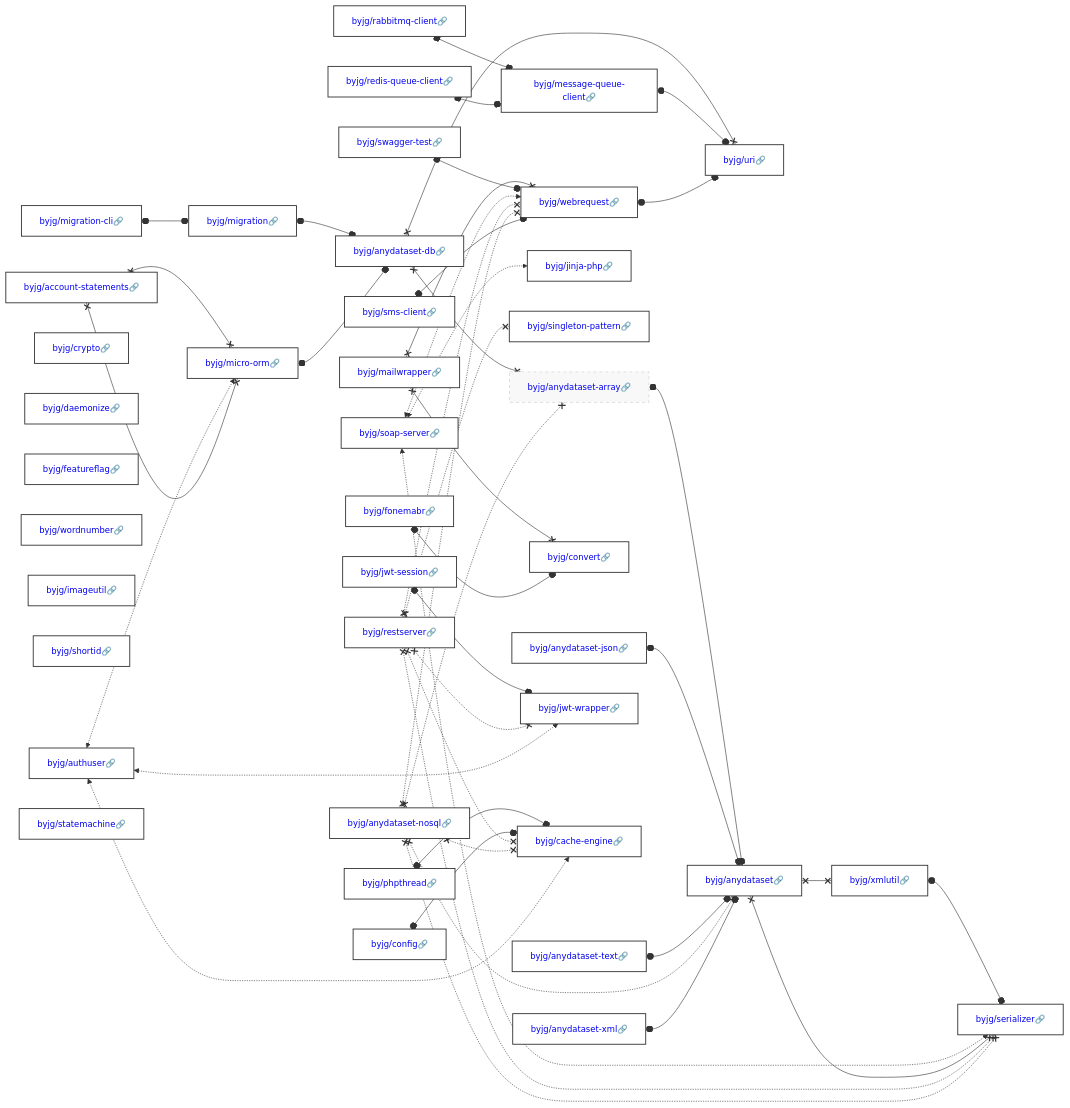
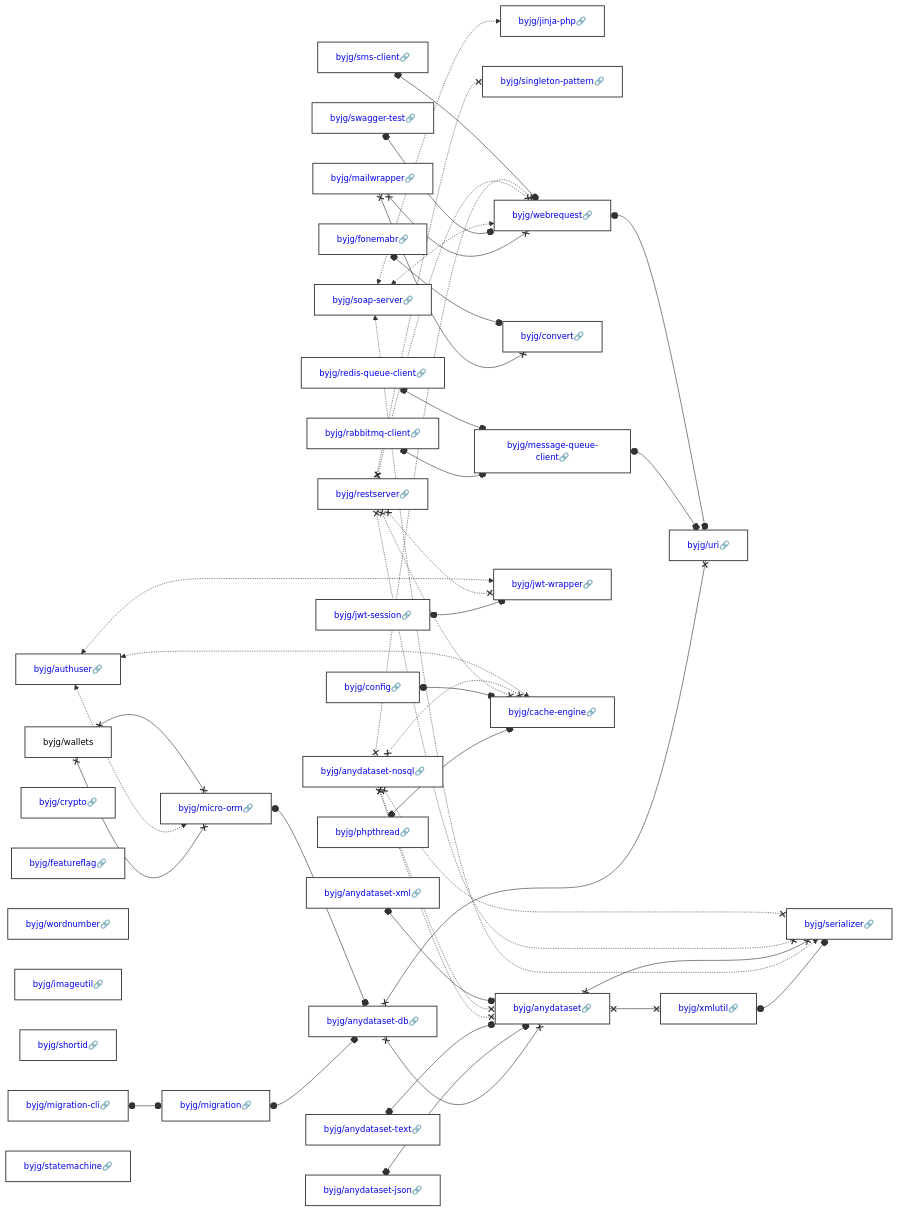
Before and after one commit to byjg/byjg.github.io: the diagram in docs/php/README.md, drawn with Mermaid. The commit also changed 10 other files, not shown here.

````diff
--- a/docs/php/README.md
+++ b/docs/php/README.md
@@ -3,11 +3,10 @@
 ```mermaid
 graph LR;
-  byjg/account-statements[<a href='https://opensource.byjg.com/docs/php/account-statements' style='text-decoration:none'>byjg/account-statements🔗</a>];
+  byjg/wallets;
   byjg/swagger-test[<a href='https://opensource.byjg.com/docs/php/swagger-test' style='text-decoration:none'>byjg/swagger-test🔗</a>];
   byjg/migration-cli[<a href='https://opensource.byjg.com/docs/php/migration-cli' style='text-decoration:none'>byjg/migration-cli🔗</a>];
   byjg/crypto[<a href='https://opensource.byjg.com/docs/php/crypto' style='text-decoration:none'>byjg/crypto🔗</a>];
   byjg/fonemabr[<a href='https://opensource.byjg.com/docs/php/fonemabr' style='text-decoration:none'>byjg/fonemabr🔗</a>];
-  byjg/daemonize[<a href='https://opensource.byjg.com/docs/php/daemonize' style='text-decoration:none'>byjg/daemonize🔗</a>];
   byjg/anydataset-xml[<a href='https://opensource.byjg.com/docs/php/anydataset-xml' style='text-decoration:none'>byjg/anydataset-xml🔗</a>];
   byjg/featureflag[<a href='https://opensource.byjg.com/docs/php/featureflag' style='text-decoration:none'>byjg/featureflag🔗</a>];
   byjg/rabbitmq-client[<a href='https://opensource.byjg.com/docs/php/rabbitmq-client' style='text-decoration:none'>byjg/rabbitmq-client🔗</a>];
@@ -37,7 +36,6 @@
   byjg/jwt-wrapper[<a href='https://opensource.byjg.com/docs/php/jwt-wrapper' style='text-decoration:none'>byjg/jwt-wrapper🔗</a>];
   byjg/cache-engine[<a href='https://opensource.byjg.com/docs/php/cache-engine' style='text-decoration:none'>byjg/cache-engine🔗</a>];
   byjg/anydataset-db[<a href='https://opensource.byjg.com/docs/php/anydataset-db' style='text-decoration:none'>byjg/anydataset-db🔗</a>];
-  byjg/anydataset-array[<a href='https://opensource.byjg.com/docs/php/anydataset-array' style='text-decoration:none'>byjg/anydataset-array🔗</a>];
   byjg/uri[<a href='https://opensource.byjg.com/docs/php/uri' style='text-decoration:none'>byjg/uri🔗</a>];
   byjg/anydataset[<a href='https://opensource.byjg.com/docs/php/anydataset' style='text-decoration:none'>byjg/anydataset🔗</a>];
   byjg/xmlutil[<a href='https://opensource.byjg.com/docs/php/xmlutil' style='text-decoration:none'>byjg/xmlutil🔗</a>];
@@ -47,9 +45,8 @@
   byjg/xmlutil o--o byjg/serializer;
   byjg/rabbitmq-client o--o byjg/message-queue-client;
   byjg/migration o--o byjg/anydataset-db;
-  byjg/anydataset-array o--o byjg/anydataset;
   byjg/swagger-test o--o byjg/webrequest;
-  byjg/anydataset-db x--x byjg/anydataset-array;
+  byjg/anydataset-db x--x byjg/anydataset;
   byjg/anydataset-db x--x byjg/uri;
   byjg/message-queue-client o--o byjg/uri;
   byjg/soap-server <-.-> byjg/jinja-php;
@@ -58,7 +55,7 @@
   byjg/phpthread o--o byjg/cache-engine;
   byjg/migration-cli o--o byjg/migration;
   byjg/jwt-session o--o byjg/jwt-wrapper;
-  byjg/account-statements x--x byjg/micro-orm;
+  byjg/wallets x--x byjg/micro-orm;
   byjg/anydataset x--x byjg/serializer;
   byjg/anydataset x--x byjg/xmlutil;
   byjg/redis-queue-client o--o byjg/message-queue-client;
@@ -71,7 +68,7 @@
   byjg/anydataset-json o--o byjg/anydataset;
   byjg/anydataset-text o--o byjg/anydataset;
   byjg/anydataset-nosql x-.-x byjg/anydataset;
-  byjg/anydataset-nosql x-.-x byjg/anydataset-array;
+  byjg/anydataset-nosql x-.-x byjg/anydataset;
   byjg/anydataset-nosql x-.-x byjg/serializer;
   byjg/anydataset-nosql x-.-x byjg/webrequest;
   byjg/anydataset-nosql x-.-x byjg/cache-engine;
@@ -79,7 +76,7 @@
   byjg/authuser <-.-> byjg/cache-engine;
   byjg/authuser <-.-> byjg/jwt-wrapper;
   byjg/sms-client o--o byjg/webrequest;
-  byjg/account-statements x--x byjg/micro-orm;
+  byjg/wallets x--x byjg/micro-orm;
   byjg/micro-orm o--o byjg/anydataset-db;
   byjg/anydataset-xml o--o byjg/anydataset;
   byjg/fonemabr o--o byjg/convert;
@@ -90,4 +87,6 @@
   classDef working-on fill:#fff3cd,stroke:#ffcc00,stroke-width:2px,color:#856404;
   classDef finished fill:#d4edda,stroke:#28a745,stroke-width:2px,color:#155724;
   class byjg/anydataset-array deprecated;
+  class byjg/account-statements deprecated;
+  class byjg/daemonize deprecated;
 ```
````
